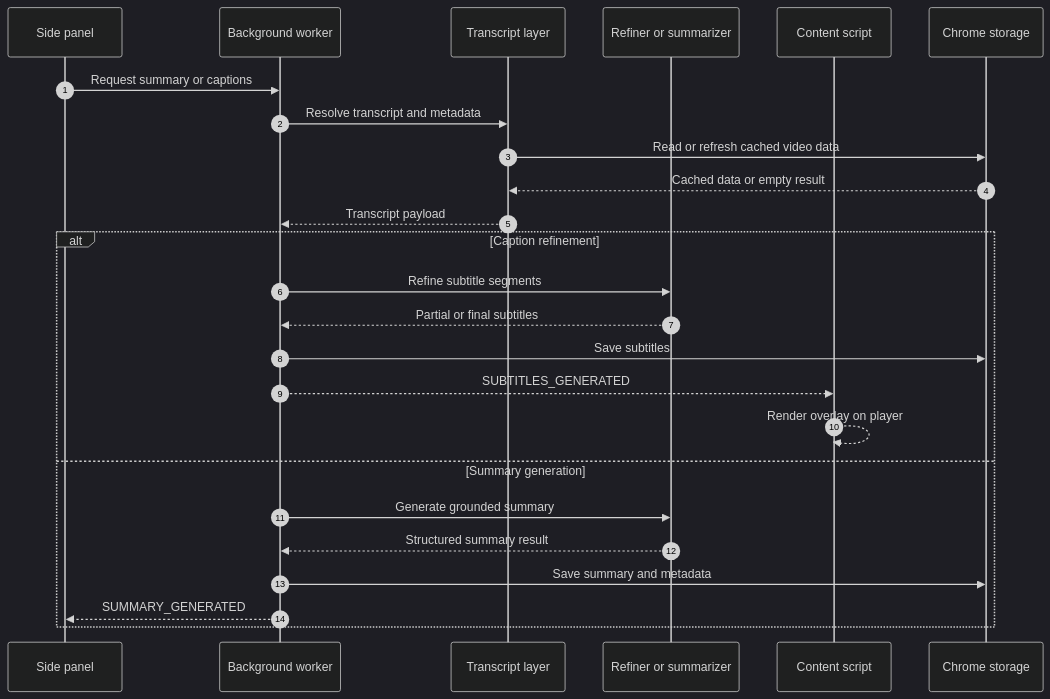
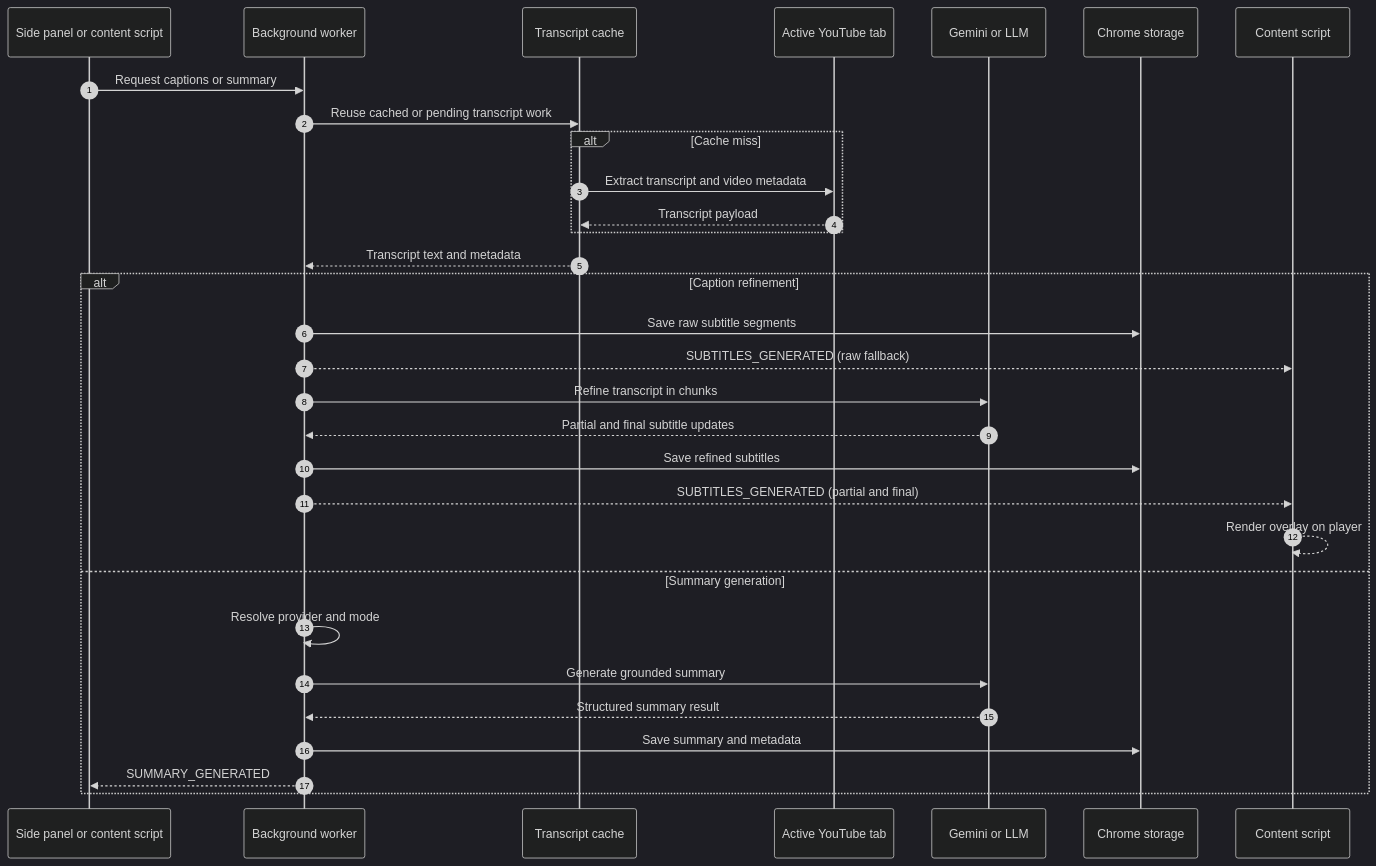
The second of 3 diagrams in README.md (teron131/better-youtube), drawn with Mermaid (dark theme) before and after one commit. The commit also changed other lines of this file, not shown here.

Commit message:
Diagram recommendation rules, configuration, and transcript caching

````diff
--- a/README.md
+++ b/README.md
@@ -58,29 +67,35 @@
 ```mermaid
 sequenceDiagram
     autonumber
-    participant SP as Side panel
+    participant UI as Side panel or content script
     participant BG as Background worker
-    participant TR as Transcript layer
-    participant AI as Refiner or summarizer
+    participant TC as Transcript cache
+    participant YT as Active YouTube tab
+    participant AI as Gemini or LLM
+    participant ST as Chrome storage
     participant CS as Content script
-    participant ST as Chrome storage
 
-    SP->>BG: Request summary or captions
-    BG->>TR: Resolve transcript and metadata
-    TR->>ST: Read or refresh cached video data
-    ST-->>TR: Cached data or empty result
-    TR-->>BG: Transcript payload
+    UI->>BG: Request captions or summary
+    BG->>TC: Reuse cached or pending transcript work
+    alt Cache miss
+        TC->>YT: Extract transcript and video metadata
+        YT-->>TC: Transcript payload
+    end
+    TC-->>BG: Transcript text and metadata
 
     alt Caption refinement
-        BG->>AI: Refine subtitle segments
-        AI-->>BG: Partial or final subtitles
-        BG->>ST: Save subtitles
-        BG-->>CS: SUBTITLES_GENERATED
+        BG->>ST: Save raw subtitle segments
+        BG-->>CS: SUBTITLES_GENERATED (raw fallback)
+        BG->>AI: Refine transcript in chunks
+        AI-->>BG: Partial and final subtitle updates
+        BG->>ST: Save refined subtitles
+        BG-->>CS: SUBTITLES_GENERATED (partial and final)
         CS-->>CS: Render overlay on player
     else Summary generation
+        BG->>BG: Resolve provider and mode
         BG->>AI: Generate grounded summary
         AI-->>BG: Structured summary result
         BG->>ST: Save summary and metadata
-        BG-->>SP: SUMMARY_GENERATED
+        BG-->>UI: SUMMARY_GENERATED
     end
 ```
````
